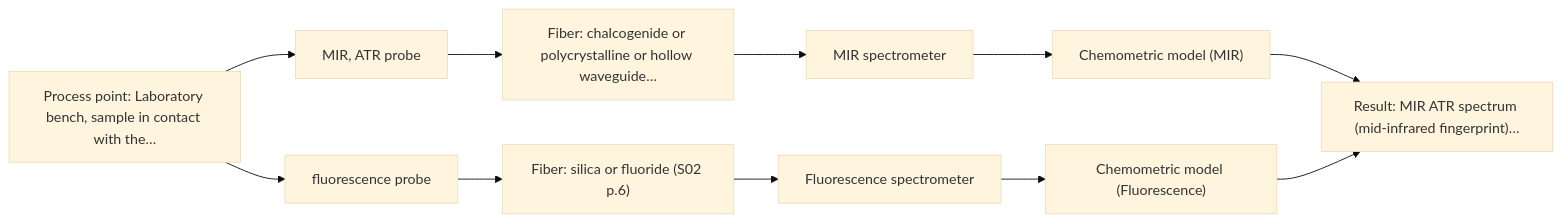
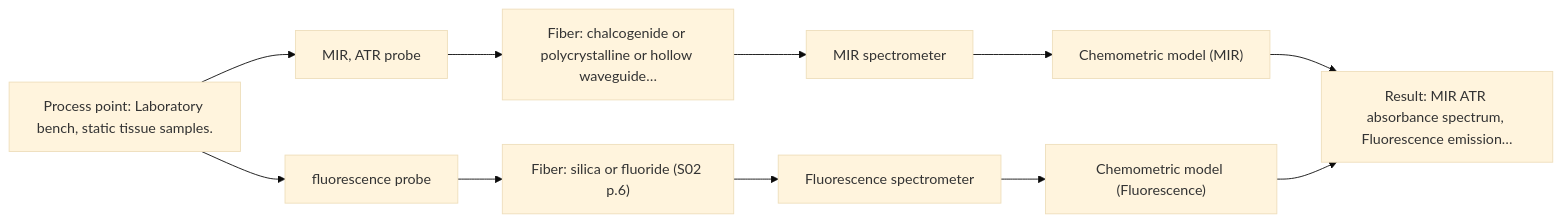
The first of 2 diagrams in outputs/dev/D08.md (sleipnir029/Afs-Spectroscopy-Assistant), drawn with Mermaid (base theme) before and after one commit. The commit also changed other lines of this file and 15 other files, not shown here.

Commit message:
Phase 4 dev outputs (--external=live, code f6538ee): 8/8 pass, 0 hard failures, 227/227 citations, replay 8/8 equal, 15/15 charts, 8/8 cost

````diff
--- a/outputs/dev/D08.md
+++ b/outputs/dev/D08.md
@@ -36,23 +38,23 @@
 ```mermaid
 flowchart LR
-    proc["Process point: Laboratory bench, sample in contact with the…"]
+    proc["Process point: Laboratory bench, static tissue samples."]
     probe1["MIR, ATR probe"]
     fiber1["Fiber: chalcogenide or polycrystalline or hollow waveguide…"]
     spec1["MIR spectrometer"]
     model1["Chemometric model (MIR)"]
     probe2["fluorescence probe"]
     fiber2["Fiber: silica or fluoride (S02 p.6)"]
     spec2["Fluorescence spectrometer"]
     model2["Chemometric model (Fluorescence)"]
-    result["Result: MIR ATR spectrum (mid-infrared fingerprint)…"]
+    result["Result: MIR ATR absorbance spectrum, Fluorescence emission…"]
     proc --> probe1
     probe1 --> fiber1
     fiber1 --> spec1
     spec1 --> model1
     proc --> probe2
     probe2 --> fiber2
     fiber2 --> spec2
     spec2 --> model2
     model1 --> result
     model2 --> result
 ```
````
